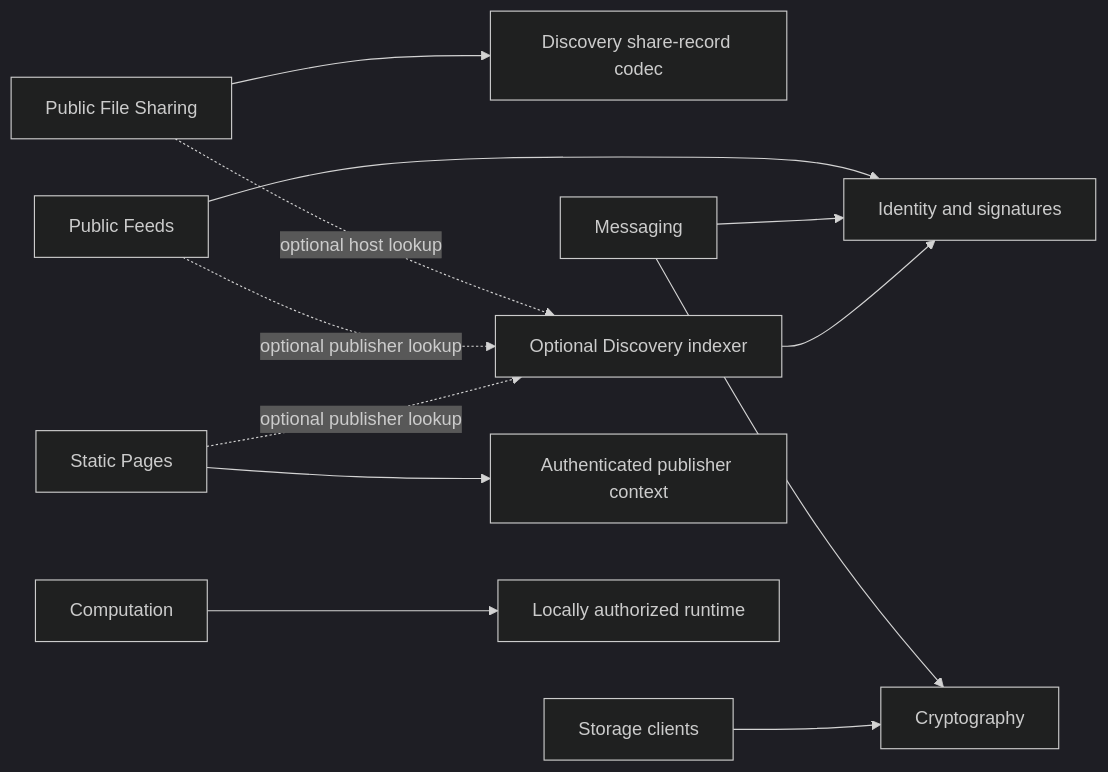
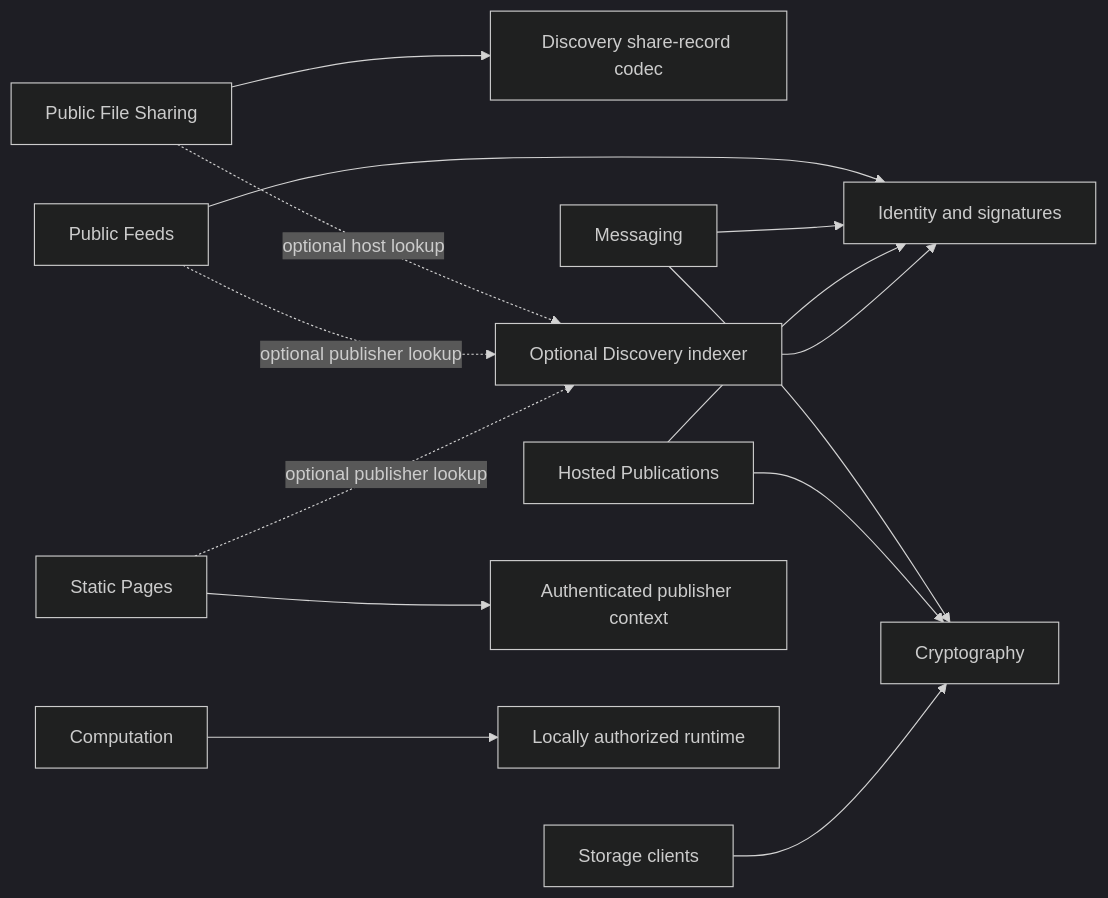
Before and after one commit to beothorn/CR2SE: the second of 3 diagrams in Architecture.md, drawn with Mermaid (dark theme). The commit also changed 9 other files, not shown here.

First line of the commit message:
Link Hosted Publications from the CR2SE indexes and decisions

````diff
--- a/Architecture.md
+++ b/Architecture.md
@@ -85,14 +85,16 @@
 ```mermaid
 flowchart LR
     Files[Public File Sharing] --> Records[Discovery share-record codec]
     Feeds[Public Feeds] --> Identity[Identity and signatures]
     Messaging[Messaging] --> Identity
     Messaging --> Crypto[Cryptography]
+    Hosted[Hosted Publications] --> Identity
+    Hosted --> Crypto
     Discovery --> Identity
     Storage[Storage clients] --> Crypto
     Pages[Static Pages] --> Provenance[Authenticated publisher context]
     Compute[Computation] --> Runtime[Locally authorized runtime]
     Files -. optional host lookup .-> Discovery[Optional Discovery indexer]
     Feeds -. optional publisher lookup .-> Discovery
     Pages -. optional publisher lookup .-> Discovery
 ```
````
